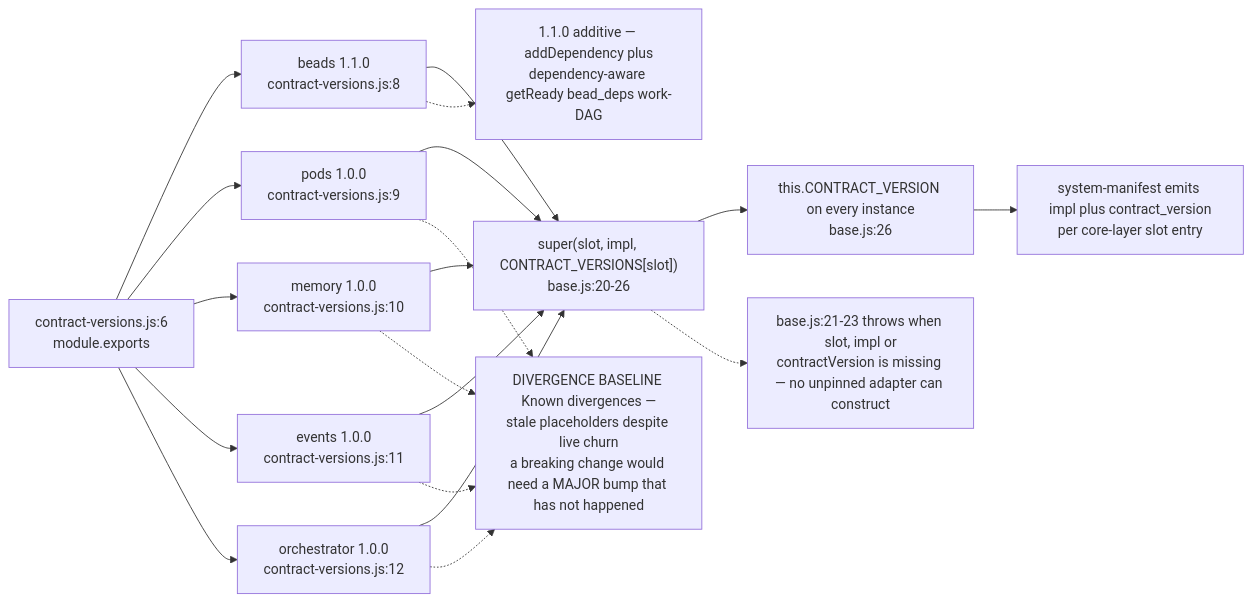
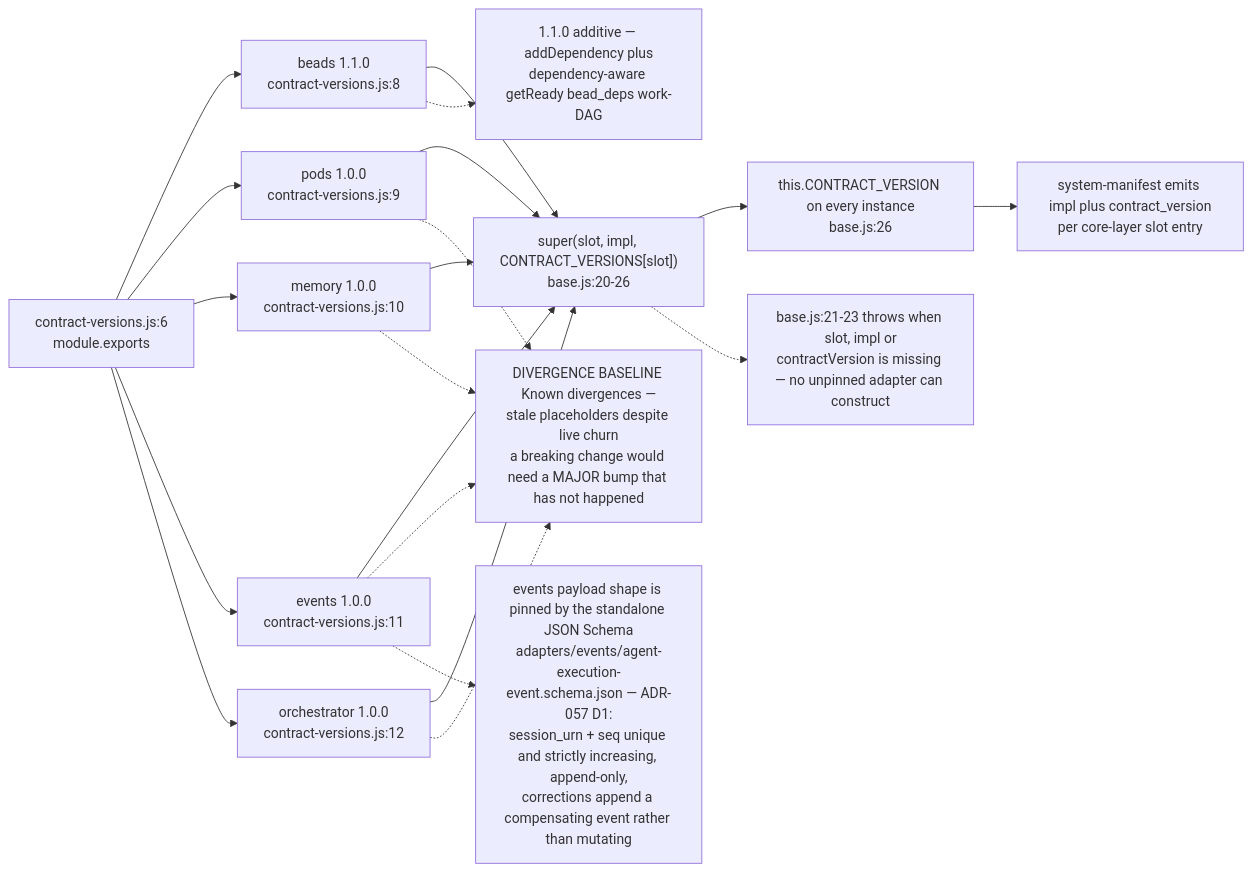
Before and after one commit to DreamLab-AI/VisionFlow: diagram 13 of 15 in docs/diagrams/agentbox/04-adapter-spine.md, drawn with Mermaid. The commit also changed other lines of this file and 136 other files, not shown here.

First line of the commit message:
docs(diagrams): refresh the whole corpus to code HEAD and prune low-value diagrams

````diff
--- a/docs/diagrams/agentbox/04-adapter-spine.md
+++ b/docs/diagrams/agentbox/04-adapter-spine.md
@@ -561,21 +563,22 @@
 ```mermaid
 flowchart LR
     CV["contract-versions.js:6<br/>module.exports"] --> B["beads 1.1.0<br/>contract-versions.js:8"]
     CV --> P["pods 1.0.0<br/>contract-versions.js:9"]
     CV --> M["memory 1.0.0<br/>contract-versions.js:10"]
     CV --> E["events 1.0.0<br/>contract-versions.js:11"]
     CV --> O["orchestrator 1.0.0<br/>contract-versions.js:12"]
     B --> SUP["super(slot, impl, CONTRACT_VERSIONS[slot])<br/>base.js:20-26"]
     P --> SUP
     M --> SUP
     E --> SUP
     O --> SUP
     SUP --> INST["this.CONTRACT_VERSION on every instance<br/>base.js:26"]
     INST --> MAN["system-manifest emits impl plus contract_version<br/>per core-layer slot entry"]
     B -.-> NOTE1["1.1.0 additive — addDependency plus<br/>dependency-aware getReady bead_deps work-DAG"]
     P -.-> NOTE2["DIVERGENCE BASELINE Known divergences —<br/>stale placeholders despite live churn<br/>a breaking change would need a MAJOR bump that has not happened"]
     M -.-> NOTE2
     E -.-> NOTE2
     O -.-> NOTE2
     SUP -.-> NOTE3["base.js:21-23 throws when slot, impl or<br/>contractVersion is missing — no unpinned adapter can construct"]
+    E -.-> NOTE4["events payload shape is pinned by the standalone JSON Schema<br/>adapters/events/agent-execution-event.schema.json — ADR-057 D1:<br/>session_urn + seq unique and strictly increasing, append-only,<br/>corrections append a compensating event rather than mutating"]
 ```
````
